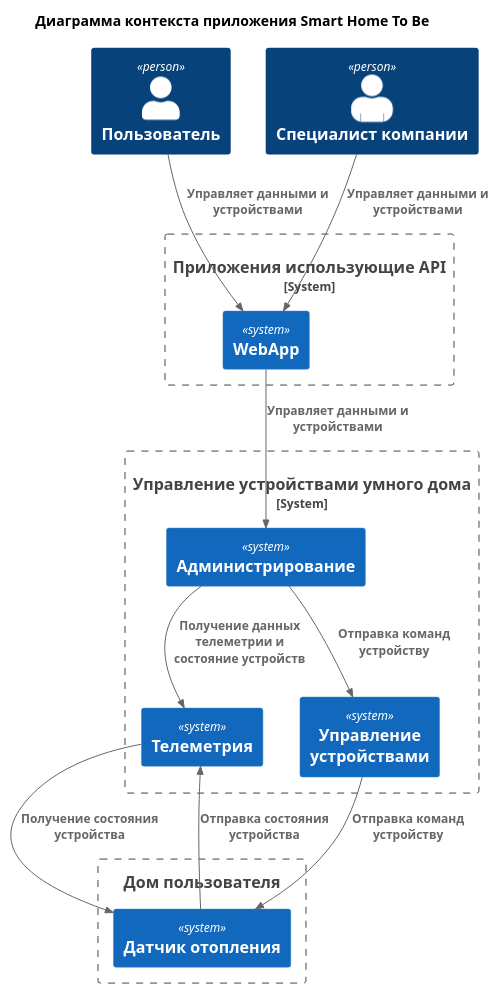
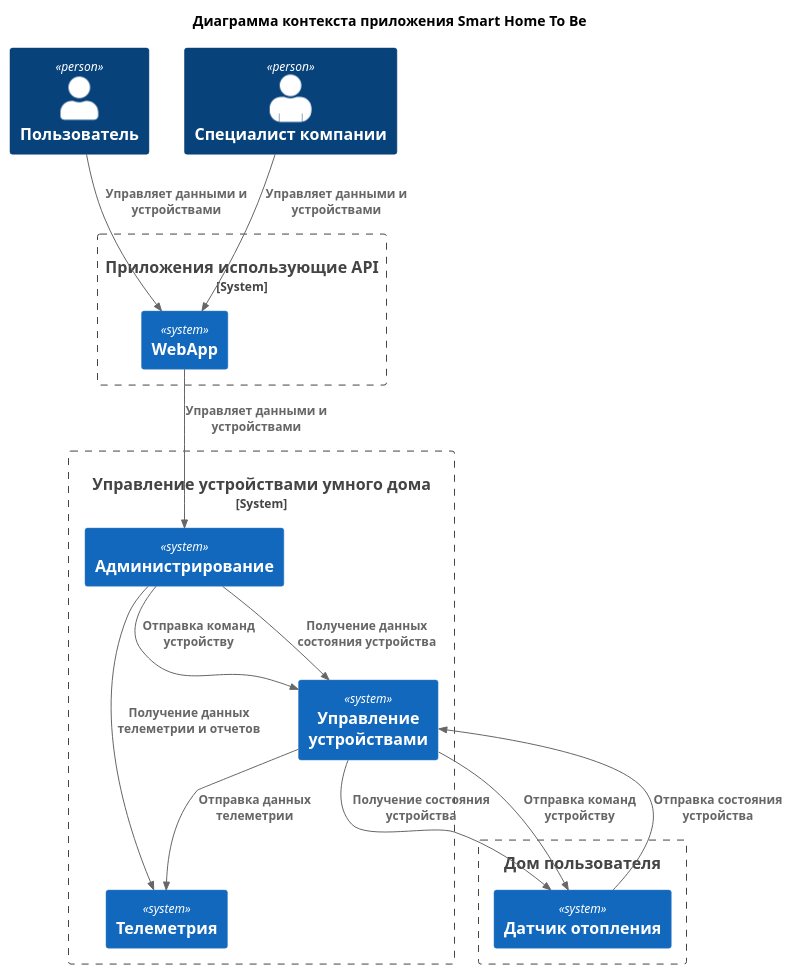
The diagram in docs/To Be Context.puml (bezdelnique/ydnx-arch-sprint1), drawn with PlantUML before and after one commit. The commit also changed 4 other files, not shown here.

Commit message:
To Be C4 diagrams

```diff
--- a/docs/To Be Context.puml
+++ b/docs/To Be Context.puml
@@ -1,40 +1,43 @@
 @startuml
 title "Диаграмма контекста приложения Smart Home To Be"
 
 top to bottom direction
 
 !include C4/C4_Context.puml
 
 Person(User, "Пользователь")
 Person(Specialist, "Специалист компании", "", person2)
 
 System_Boundary(SmartHomeApp, "Приложения использующие API") {
     System(WebApp, "WebApp")
 }
 
 System_Boundary(SmartHomeApi, "Управление устройствами умного дома") {
     System(Administration, "Администрирование")
     System(Telemetry, "Телеметрия")
     System(ManageDevice, "Управление устройствами")
 }
 
 Boundary(UserHome, "Дом пользователя") {
     System(SensorHeating, "Датчик отопления")
 }
 
 
 Rel(User, WebApp, "Управляет данными и устройствами")
 Rel(Specialist, WebApp, "Управляет данными и устройствами")
 
 Rel(WebApp, Administration, "Управляет данными и устройствами")
 
-Rel(Administration, Telemetry, "Получение данных телеметрии и состояние устройств")
+Rel(Administration, Telemetry, "Получение данных телеметрии и отчетов")
 Rel(Administration, ManageDevice, "Отправка команд устройству")
+Rel(Administration, ManageDevice, "Получение данных состояния устройства")
+Rel(ManageDevice, Telemetry, "Отправка данных телеметрии")
 
-Rel(Telemetry, SensorHeating, "Получение состояния устройства")
-Rel(SensorHeating, Telemetry, "Отправка состояния устройства")
+Rel(ManageDevice, SensorHeating, "Получение состояния устройства")
 Rel(ManageDevice, SensorHeating, "Отправка команд устройству")
+
+Rel(SensorHeating, ManageDevice, "Отправка состояния устройства")
 
 
 
 @enduml
```
